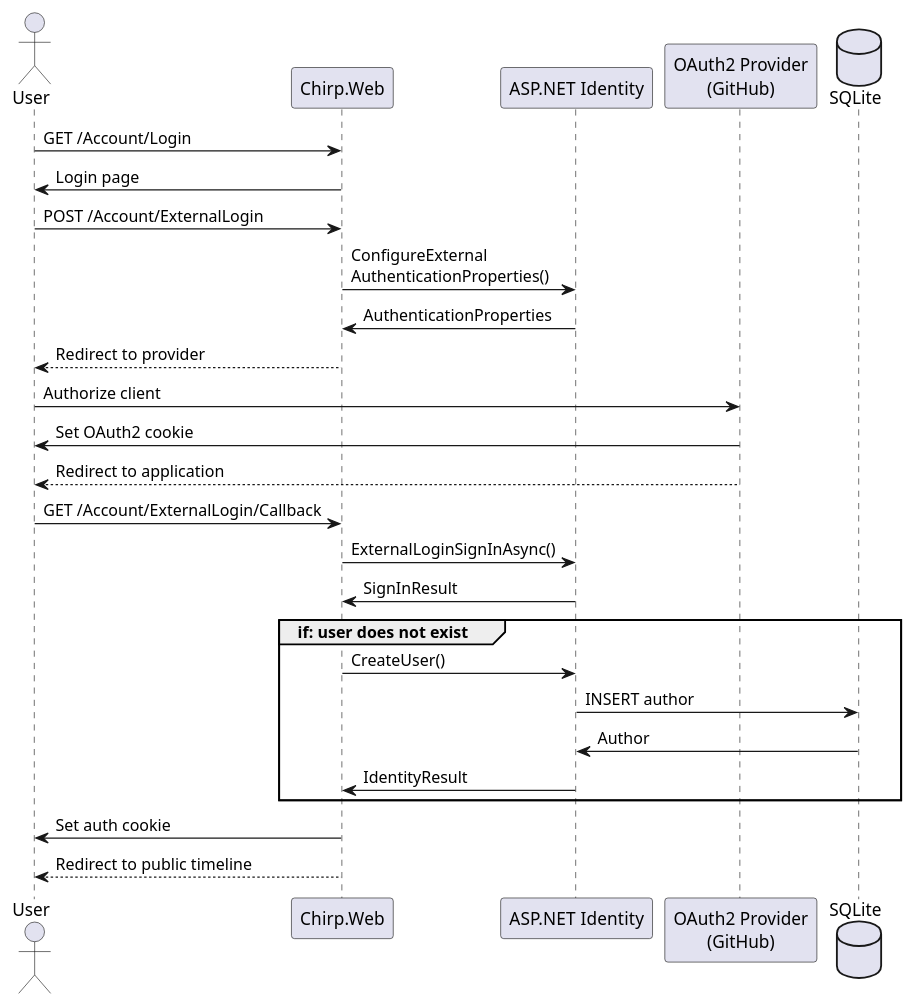
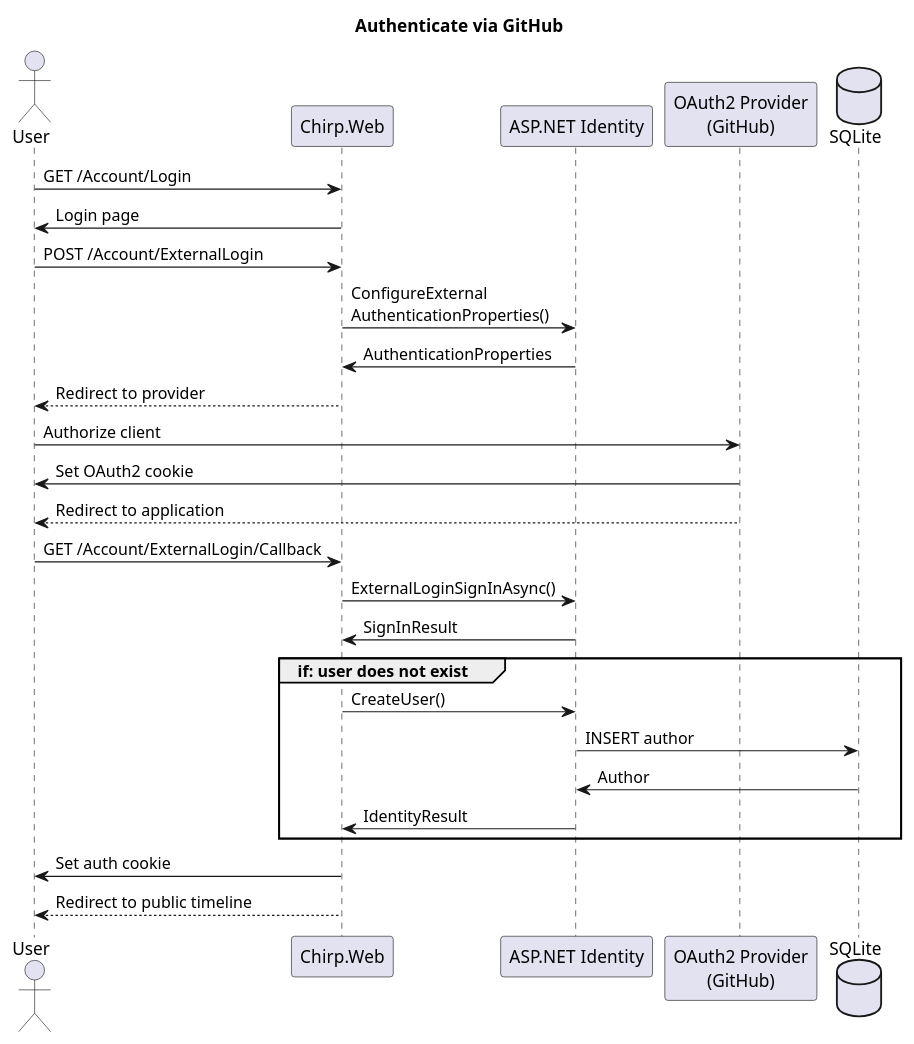
One commit to ITU-BDSA2024-GROUP14/Chirp changed the eighth of 14 diagrams in docs/report.md. Above: the diagram before and after it, drawn with PlantUML. The commit also changed other lines of this file, not shown here.

Commit message:
Add plantuml titles

````diff
--- a/docs/report.md
+++ b/docs/report.md
@@ -264,33 +268,36 @@
 ```plantuml
 @startuml
+
+title Authenticate via GitHub
+
 actor User
 participant Chirp.Web as Web
 participant "ASP.NET Identity" as Identity
 participant "OAuth2 Provider\n(GitHub)" as GitHub
 database SQLite
 
 User -> Web:                GET /Account/Login
 Web -> User:                Login page
 User -> Web:                POST /Account/ExternalLogin
 Web -> Identity:            ConfigureExternal\nAuthenticationProperties()
 Identity -> Web:            AuthenticationProperties
 Web --> User:               Redirect to provider
 User -> GitHub:             Authorize client
 GitHub -> User:             Set OAuth2 cookie
 GitHub --> User:            Redirect to application
 User -> Web:                GET /Account/ExternalLogin/Callback
 Web -> Identity:            ExternalLoginSignInAsync()
 Identity -> Web:            SignInResult
 
 group if: user does not exist
     Web -> Identity:        CreateUser()
     Identity -> SQLite:     INSERT author
     SQLite -> Identity:     Author
     Identity -> Web:        IdentityResult
 end
 
 Web -> User:                Set auth cookie
 Web --> User:               Redirect to public timeline
 
 @enduml
 ```
````
